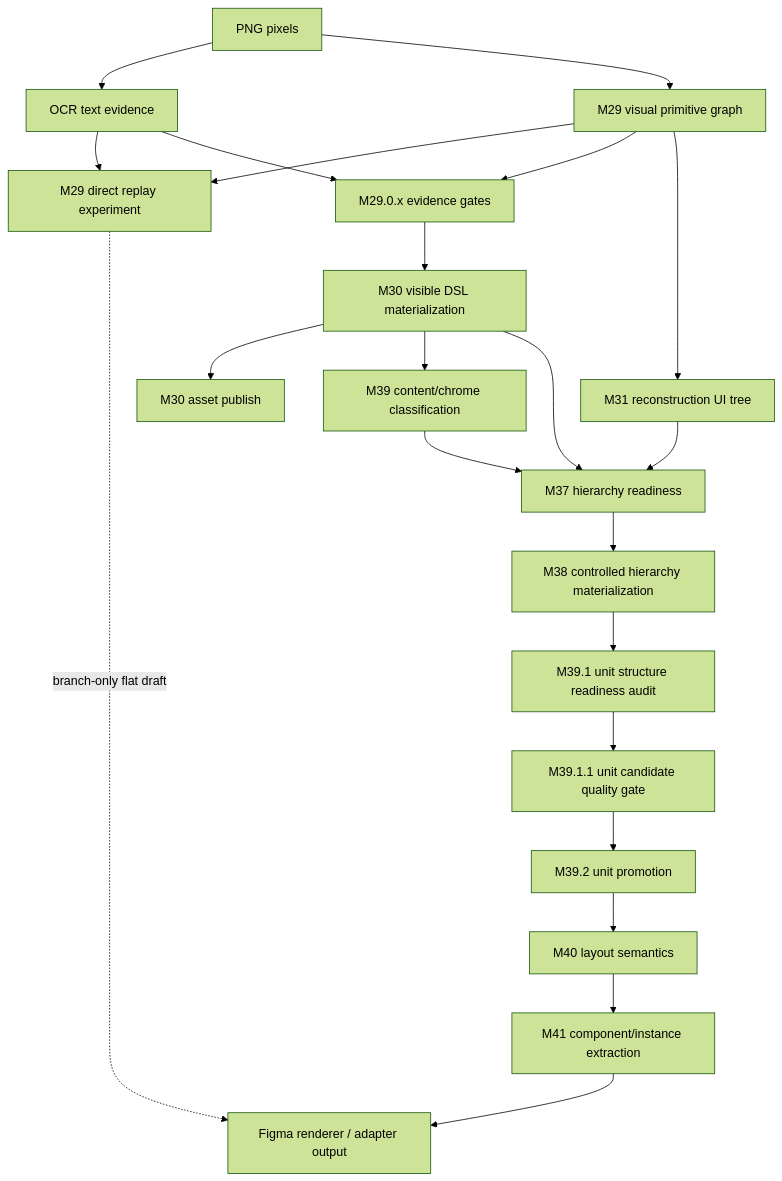
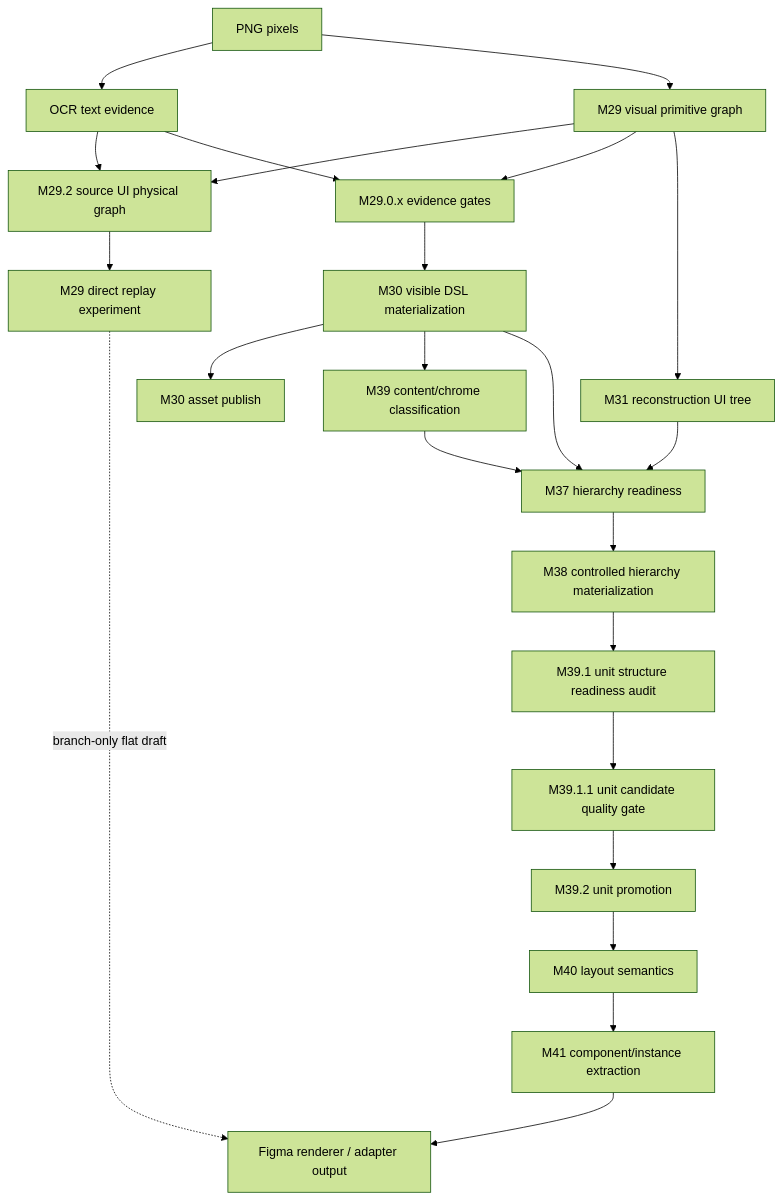
Before and after one commit to ysankpia/image-figma: the diagram in docs/roadmap.md, drawn with Mermaid (forest theme). The commit also changed other lines of this file and 14 other files, not shown here.

Commit message:
feat: classify source pixel ownership for m29 direct replay

````diff
--- a/docs/roadmap.md
+++ b/docs/roadmap.md
@@ -86,24 +107,25 @@
 ```mermaid
 flowchart TD
   A["PNG pixels"] --> B["OCR text evidence"]
   A --> C["M29 visual primitive graph"]
-  B --> Q["M29 direct replay experiment"]
-  C --> Q
+  B --> R["M29.2 source UI physical graph"]
+  C --> R
+  R --> Q["M29 direct replay experiment"]
   Q -. "branch-only flat draft" .-> P["Figma renderer / adapter output"]
   B --> D["M29.0.x evidence gates"]
   C --> D
   D --> E["M30 visible DSL materialization"]
   E --> F["M30 asset publish"]
   C --> G["M31 reconstruction UI tree"]
   E --> H["M39 content/chrome classification"]
   G --> I["M37 hierarchy readiness"]
   H --> I
   E --> I
   I --> J["M38 controlled hierarchy materialization"]
   J --> K["M39.1 unit structure readiness audit"]
   K --> L["M39.1.1 unit candidate quality gate"]
   L --> M["M39.2 unit promotion"]
   M --> N["M40 layout semantics"]
   N --> O["M41 component/instance extraction"]
   O --> P["Figma renderer / adapter output"]
 ```
````
